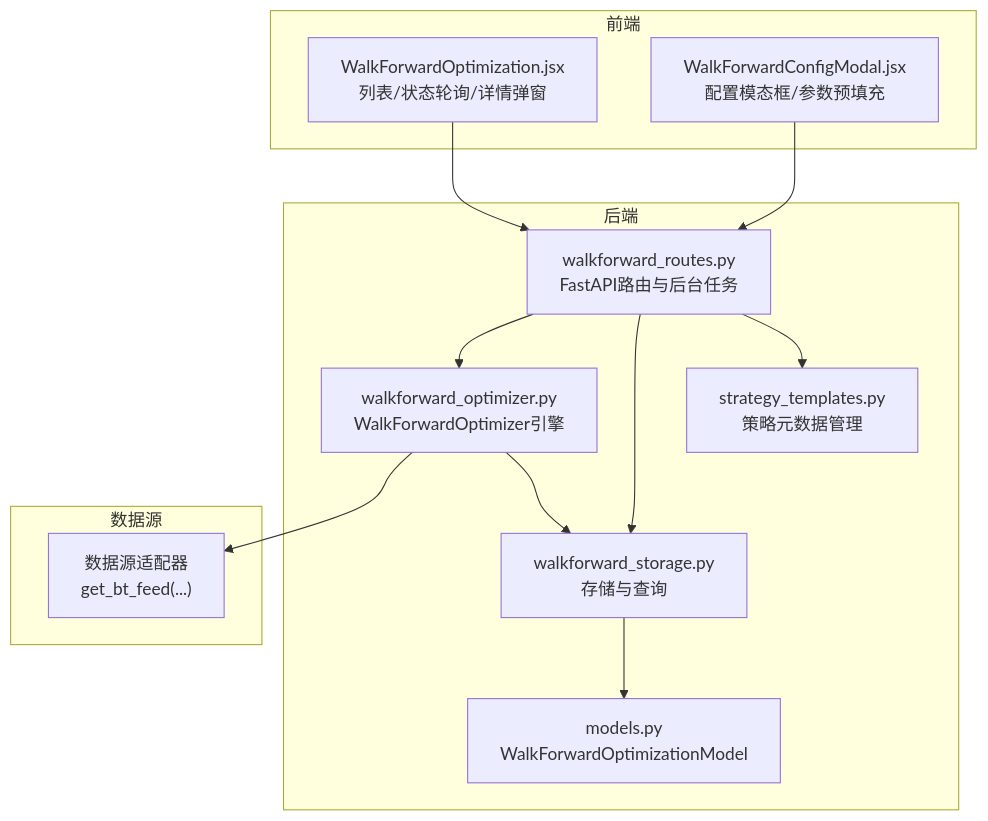
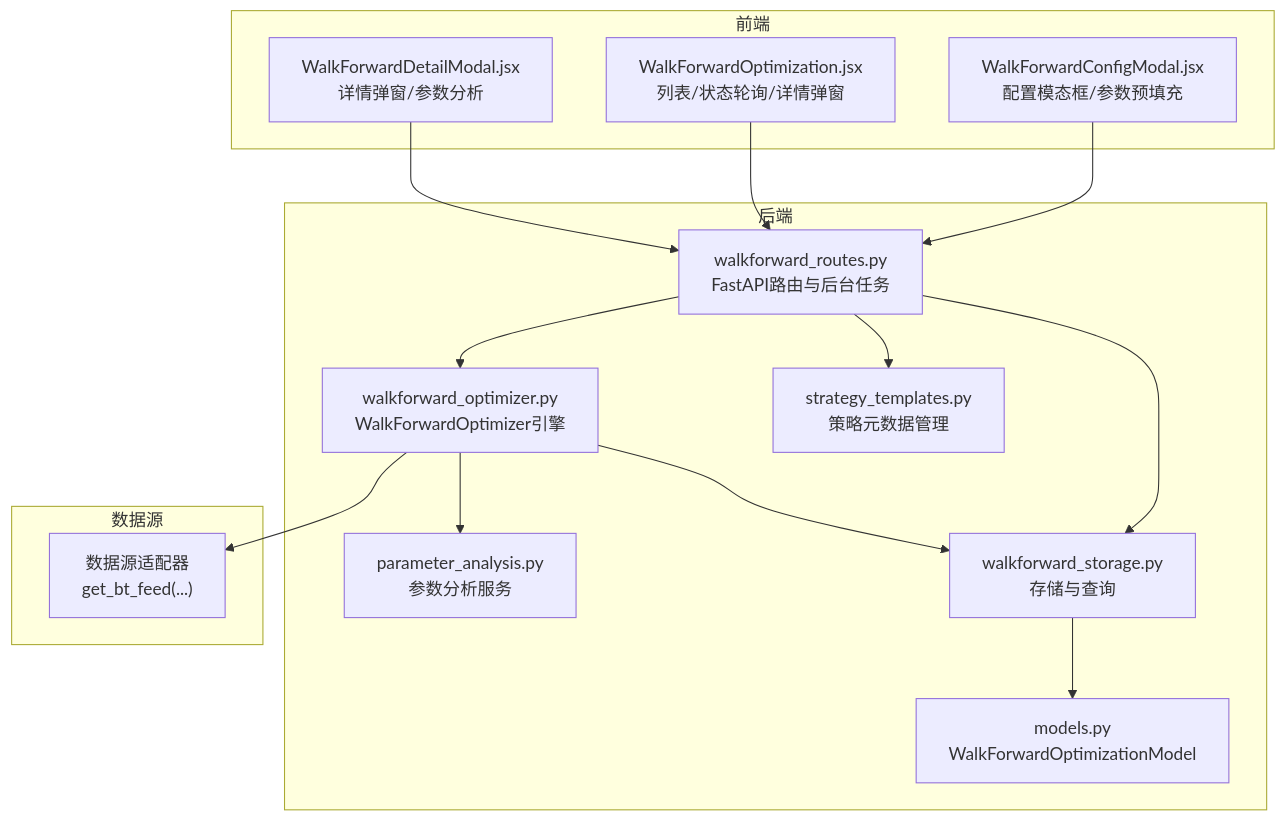
The first of 5 diagrams in .qoder/repowiki/zh/content/核心功能详解/Walk-Forward参数优化.md (faryhuo/backtrader), drawn with Mermaid before and after one commit. The commit also changed other lines of this file and 15 other files, not shown here.

Commit message:
feat: Implement strategy version management with timeline, diff viewer, and rollback capabilities.

````diff
--- a/.qoder/repowiki/zh/content/核心功能详解/Walk-Forward参数优化.md
+++ b/.qoder/repowiki/zh/content/核心功能详解/Walk-Forward参数优化.md
@@ -50,25 +57,29 @@
 ```mermaid
 graph TB
 subgraph "前端"
 FE["WalkForwardOptimization.jsx<br/>列表/状态轮询/详情弹窗"]
 CM["WalkForwardConfigModal.jsx<br/>配置模态框/参数预填充"]
+DM["WalkForwardDetailModal.jsx<br/>详情弹窗/参数分析"]
 end
 subgraph "后端"
 API["walkforward_routes.py<br/>FastAPI路由与后台任务"]
 SVC["walkforward_optimizer.py<br/>WalkForwardOptimizer引擎"]
+PAS["parameter_analysis.py<br/>参数分析服务"]
 DB["walkforward_storage.py<br/>存储与查询"]
 MODEL["models.py<br/>WalkForwardOptimizationModel"]
 STRAT["strategy_templates.py<br/>策略元数据管理"]
 end
 subgraph "数据源"
 DS["数据源适配器<br/>get_bt_feed(...)"]
 end
 CM --> API
 FE --> API
+DM --> API
 API --> SVC
 API --> DB
 SVC --> DS
 DB --> MODEL
 SVC --> DB
+SVC --> PAS
 API --> STRAT
 ```
````
